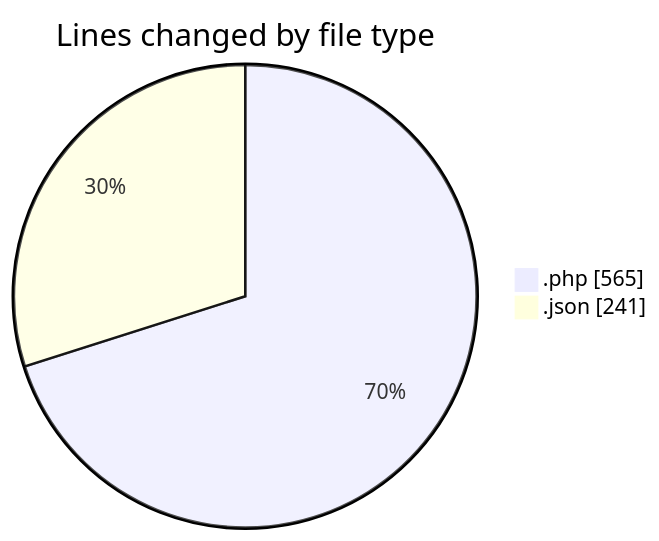
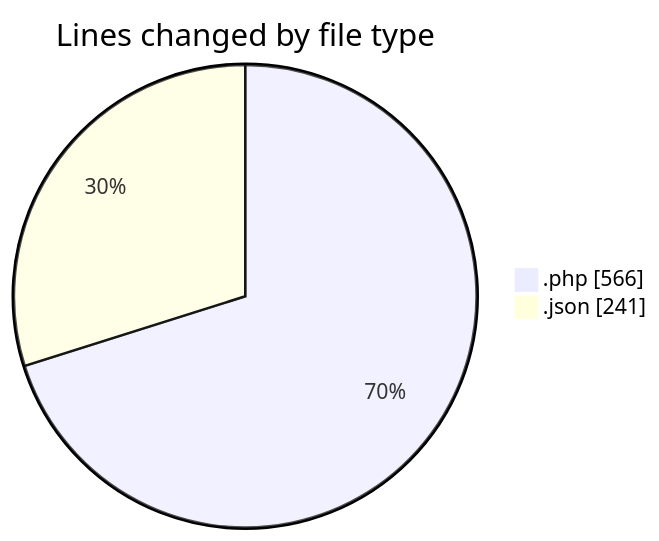
The first of 2 diagrams in 2025-03-28/autodidak/README.md (idhammustaqopulfikri/code-tracking), drawn with Mermaid before and after one commit. The commit also changed other lines of this file and 1 other file, not shown here.

````diff
--- a/2025-03-28/autodidak/README.md
+++ b/2025-03-28/autodidak/README.md
@@ -25,6 +26,6 @@
 ```mermaid
 pie showData
 title Lines changed by file type
-".php" : 565
+".php" : 566
 ".json" : 241
 ```
````
